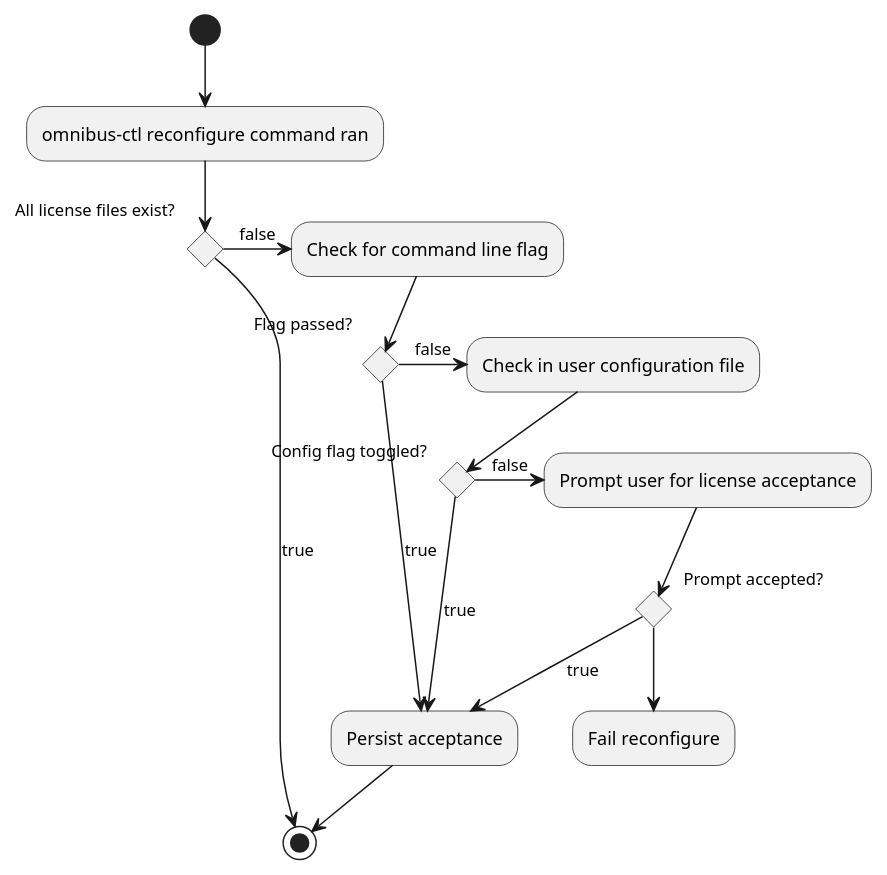
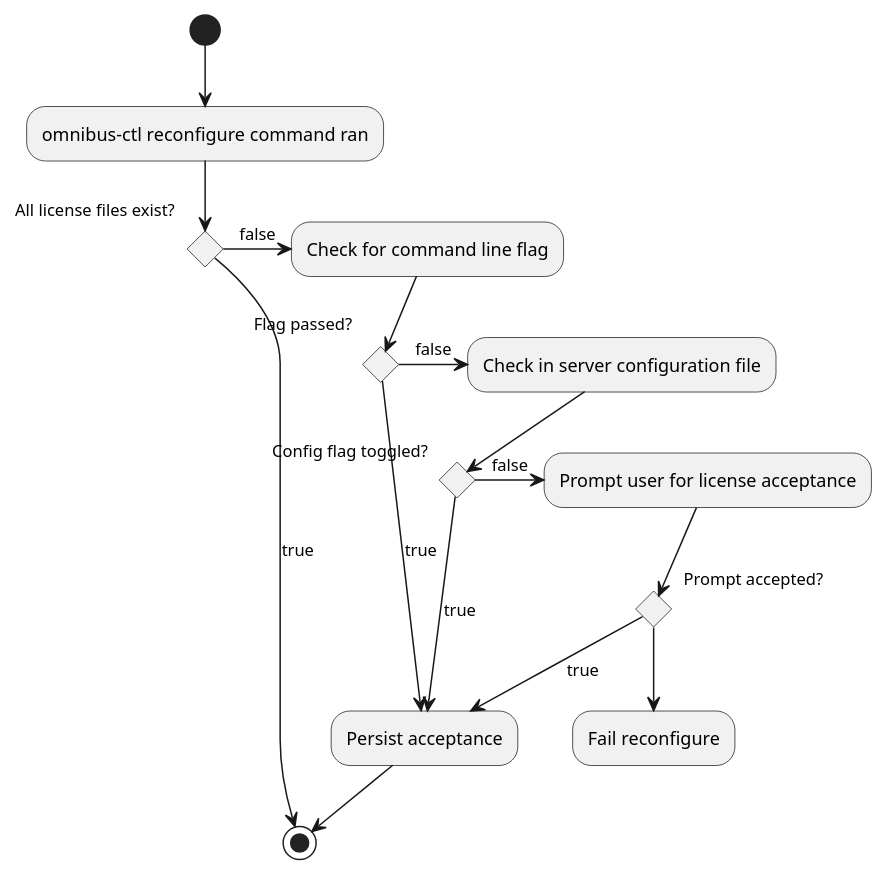
One commit to chef/license-acceptance changed the diagram in docs/server_flow.puml. Above: the diagram before and after it, drawn with PlantUML. The commit also changed 2 other files, not shown here.

```diff
--- a/docs/server_flow.puml
+++ b/docs/server_flow.puml
@@ -1,25 +1,25 @@
 @startuml "server"
 (*) --> "omnibus-ctl reconfigure command ran"
 
 if "All license files exist?" then
   -->[true] (*)
 else
   ->[false] "Check for command line flag"
   if "Flag passed?" then
     -->[true] "Persist acceptance"
   else
-    ->[false] "Check in user configuration file"
+    ->[false] "Check in server configuration file"
     if "Config flag toggled?" then
       -->[true] "Persist acceptance"
     else
       ->[false] "Prompt user for license acceptance"
       if "Prompt accepted?" then
         -->[true] "Persist acceptance"
       else
         --> "Fail reconfigure"
       endif
     endif
   endif
 endif
 "Persist acceptance" --> (*)
 @enduml
```
